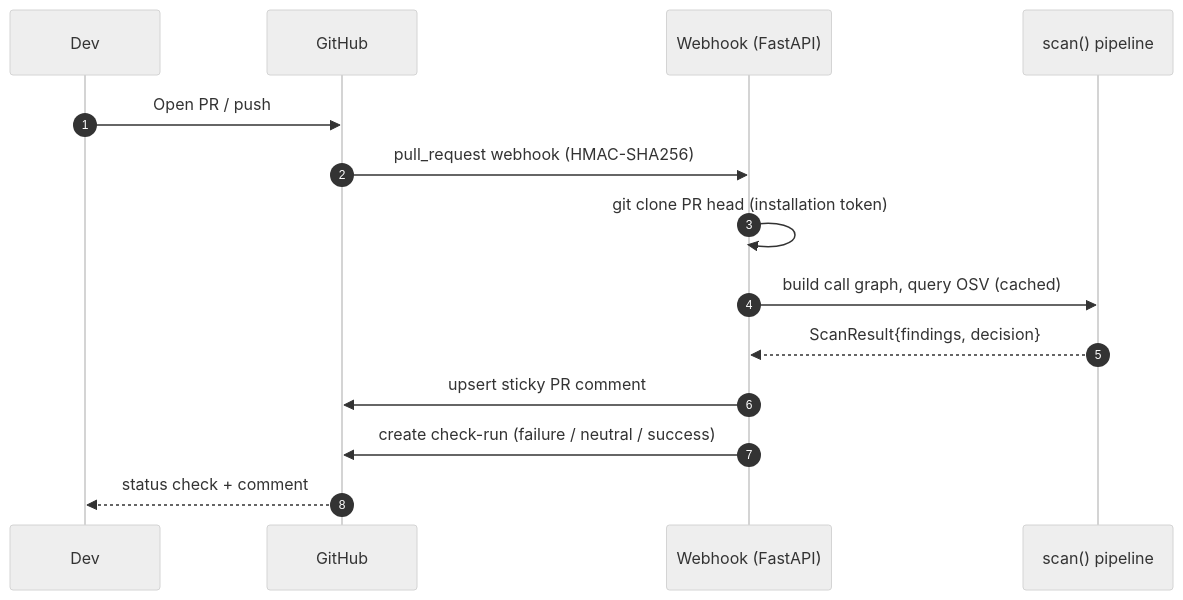
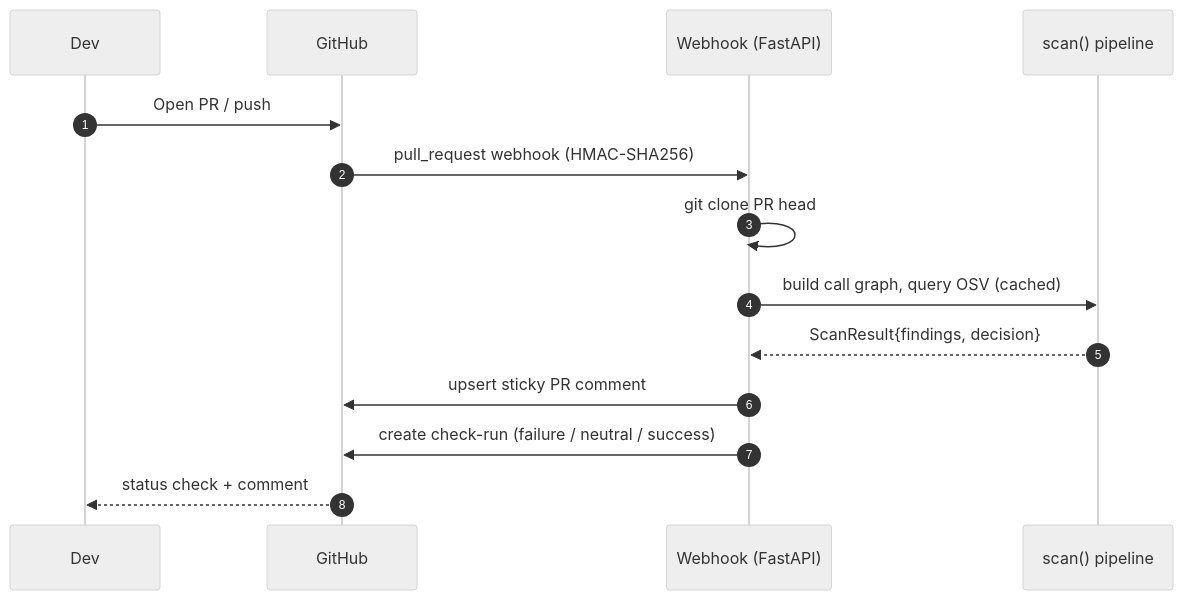
The second of 2 diagrams in README.md (Malatesh0811/reachable-cve), drawn with Mermaid (neutral theme) before and after one commit. The commit also changed other lines of this file, not shown here.

````diff
--- a/README.md
+++ b/README.md
@@ -130,16 +161,16 @@
 ```mermaid
 sequenceDiagram
   autonumber
   participant Dev
   participant GH as GitHub
   participant App as Webhook (FastAPI)
   participant Scan as scan() pipeline
   Dev->>GH: Open PR / push
   GH->>App: pull_request webhook (HMAC-SHA256)
-  App->>App: git clone PR head (installation token)
+  App->>App: git clone PR head
   App->>Scan: build call graph, query OSV (cached)
   Scan-->>App: ScanResult{findings, decision}
   App->>GH: upsert sticky PR comment
   App->>GH: create check-run (failure / neutral / success)
   GH-->>Dev: status check + comment
 ```
````
